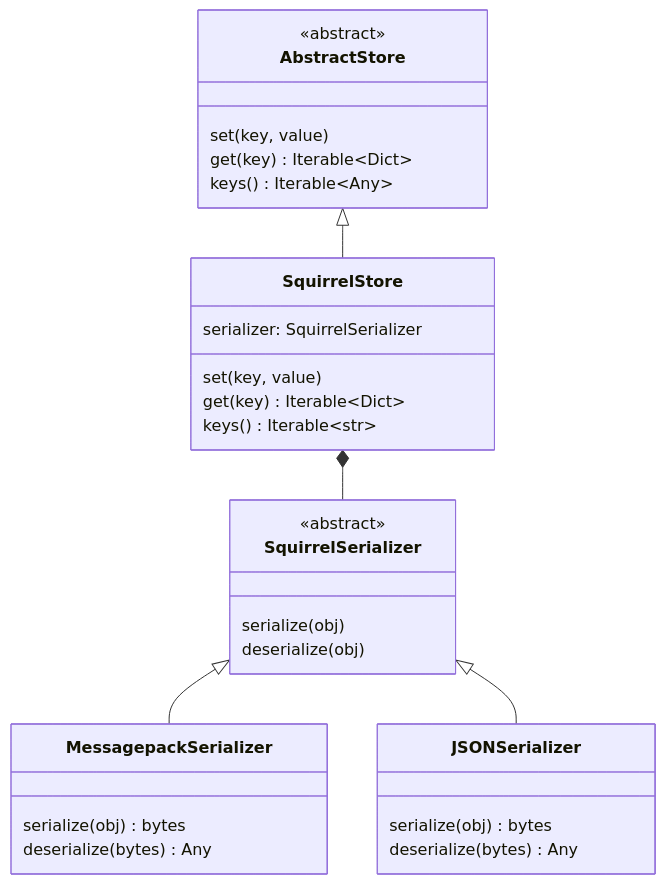
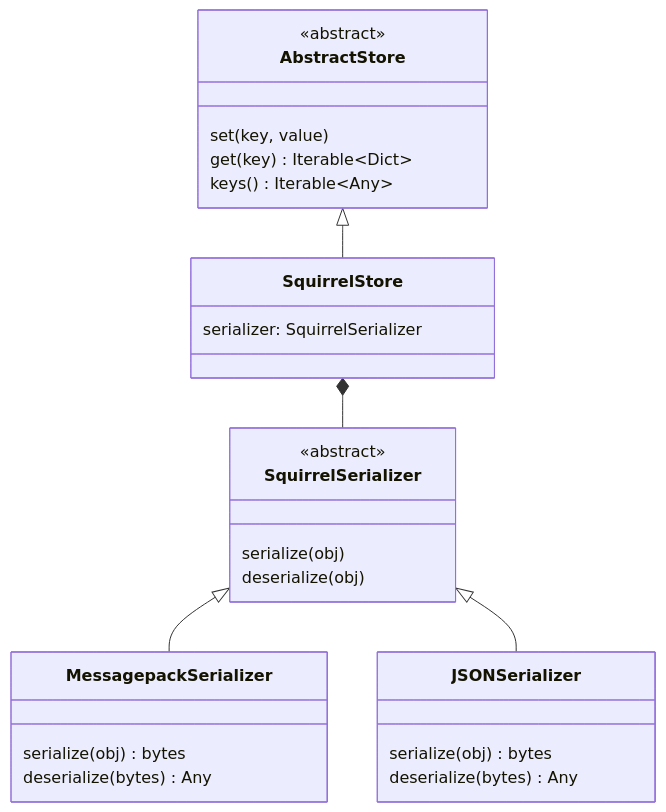
The diagram in docs/advanced/store.rst (merantix-momentum/squirrel-core), drawn with Mermaid before and after one commit.

```diff
--- a/docs/advanced/store.rst
+++ b/docs/advanced/store.rst
@@ -7,41 +7,38 @@
 .. mermaid::
 
     classDiagram
 
         AbstractStore <|-- SquirrelStore
         SquirrelStore *-- SquirrelSerializer
         SquirrelSerializer <|-- MessagepackSerializer
         SquirrelSerializer <|-- JSONSerializer
         <<abstract>> AbstractStore
         class AbstractStore {
 
             set(key, value)
             get(key) Iterable~Dict~
             keys() Iterable~Any~
         }
 
        class SquirrelStore {
            serializer: SquirrelSerializer
 
-           set(key, value)
-           get(key) Iterable~Dict~
-           keys() Iterable~str~
        }
         <<abstract>> SquirrelSerializer
        class SquirrelSerializer {
 
         serialize(obj)
         deserialize(obj)
        }
 
        class MessagepackSerializer {
 
            serialize(obj) bytes
            deserialize(bytes) Any
        }
 
        class JSONSerializer {
 
            serialize(obj) bytes
            deserialize(bytes) Any
        }
```
